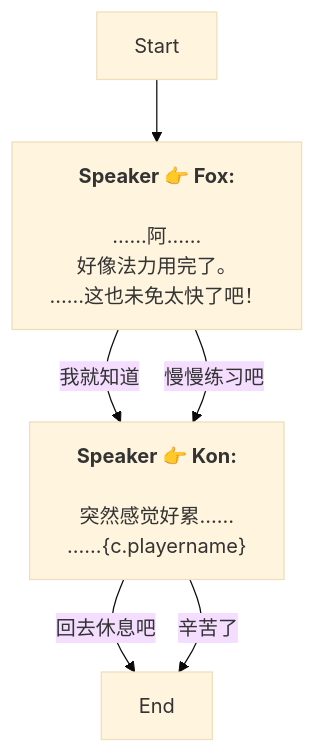
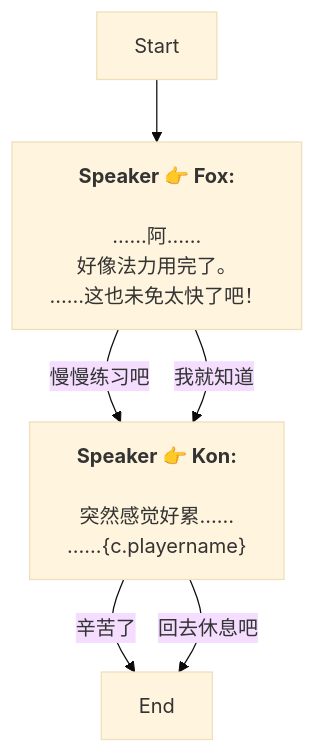
One commit to SoftHu/tos_avg changed the diagram in Zh/QuestStartTalkENode_1764843102791930.md. Above: the diagram before and after it, drawn with Mermaid (base theme). The commit also changed other lines of this file and 780 other files, not shown here.

````diff
--- a/Zh/QuestStartTalkENode_1764843102791930.md
+++ b/Zh/QuestStartTalkENode_1764843102791930.md
@@ -1,15 +1,15 @@
 ```mermaid
 graph
 Start -->1764843163038974[<b>Speaker 👉 Fox:</b>
 \n……阿……
 好像法力用完了。\n……这也未免太快了吧！]
+1764843163038974 -->|慢慢练习吧|1764843275170052[<b>Speaker 👉 Kon:</b>
+\n突然感觉好累……
+……&lbrace;c.playername&rbrace;]
 1764843163038974 -->|我就知道|1764843275170052[<b>Speaker 👉 Kon:</b>
 \n突然感觉好累……
 ……&lbrace;c.playername&rbrace;]
-1764843163038974 -->|慢慢练习吧|1764843275170052[<b>Speaker 👉 Kon:</b>
-\n突然感觉好累……
-……&lbrace;c.playername&rbrace;]
+1764843275170052 -->|辛苦了|1764893393003223[End]
 1764843275170052 -->|回去休息吧|1764893393003223[End]
-1764843275170052 -->|辛苦了|1764893393003223[End]
 
 ```
````
